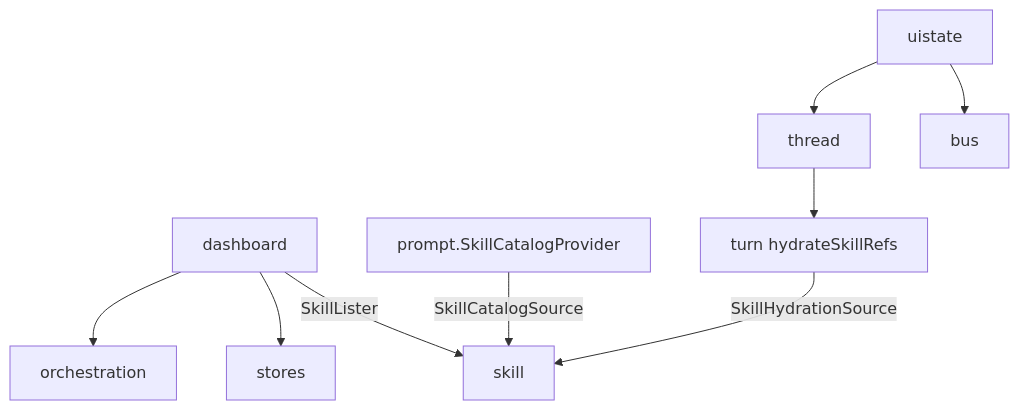
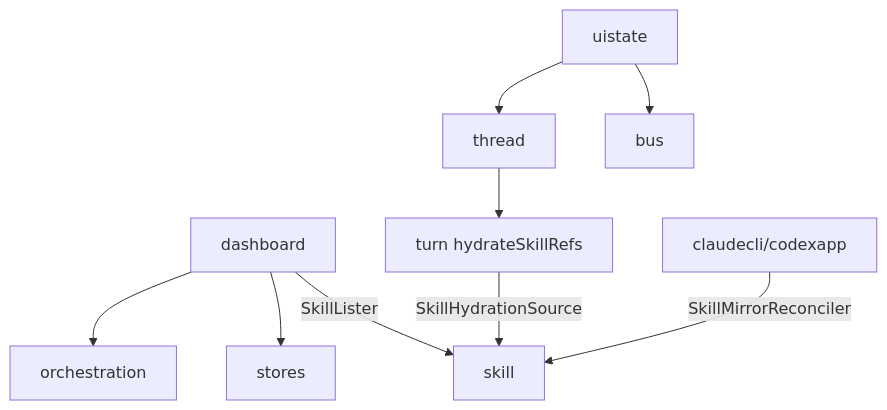
Before and after one commit to lihah111222333-cloud/Super-Dolphin-Agent-Cockpit: the second of 8 diagrams in docs/doc/codemap/07-module-read.md, drawn with Mermaid. The commit also changed other lines of this file and 267 other files, not shown here.

Commit message:
feat(skill): land provider-native skill v1

````diff
--- a/docs/doc/codemap/07-module-read.md
+++ b/docs/doc/codemap/07-module-read.md
@@ -42,11 +42,11 @@
 ```mermaid
 graph TD
   dash[dashboard] --> orch[orchestration]
   dash --> stores[stores]
   dash -->|SkillLister| skill[skill]
-  prompt[prompt.SkillCatalogProvider] -->|SkillCatalogSource| skill
   turn[turn hydrateSkillRefs] -->|SkillHydrationSource| skill
+  provider[claudecli/codexapp] -->|SkillMirrorReconciler| skill
   thread[thread] --> turn
   uistate[uistate] --> thread
   uistate --> bus[bus]
 ```
````
